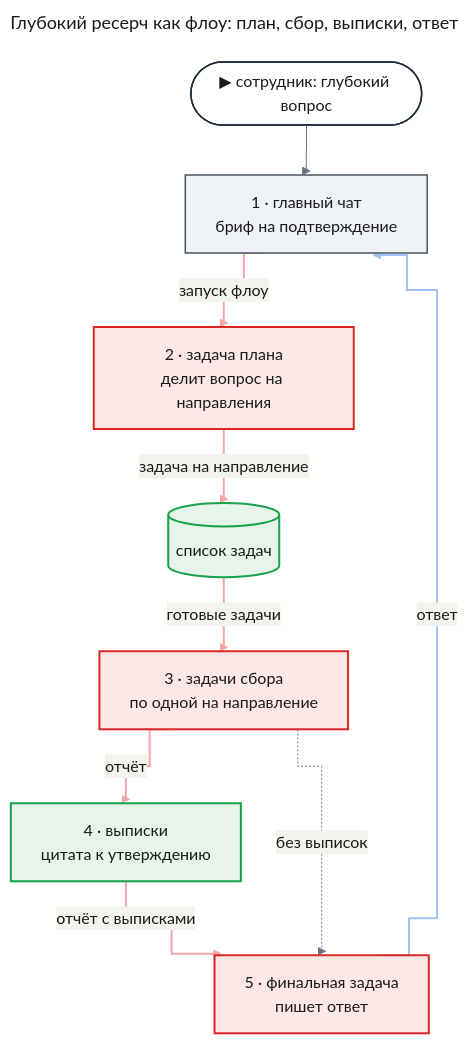
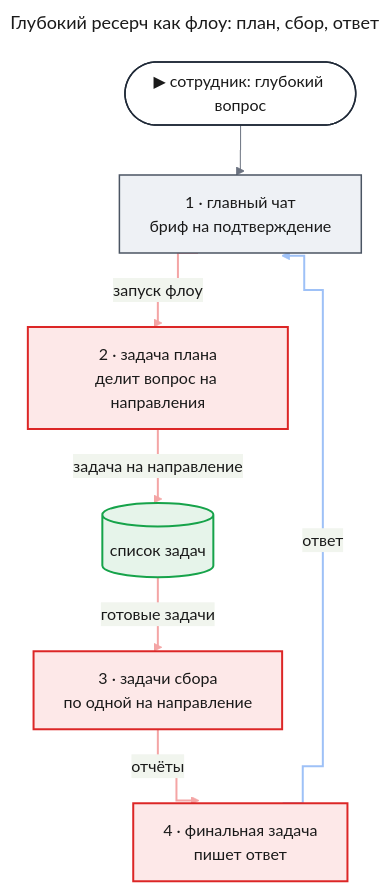
The fifth of 6 diagrams in docs/features/deep-agents/prd.md (tundraray/agent-os), drawn with Mermaid before and after one commit. The commit also changed other lines of this file, not shown here.

````diff
--- a/docs/features/deep-agents/prd.md
+++ b/docs/features/deep-agents/prd.md
@@ -343,54 +275,49 @@
 ```mermaid
 ---
-title: "Глубокий ресерч как флоу: план, сбор, выписки, ответ"
+title: "Глубокий ресерч как флоу: план, сбор, ответ"
 config:
   theme: base
   look: classic
   themeVariables:
     primaryColor: "#eef1f5"
     primaryBorderColor: "#4b5563"
     primaryTextColor: "#1a1a1a"
     lineColor: "#6b7280"
   flowchart:
     curve: step
   themeCSS: |
-    @keyframes lit_da5{0%,15%{stroke:#991b1b;stroke-width:6px}16.7%,100%{stroke:#f4a5a5;stroke-width:2px}}
-    @keyframes litr_da5{0%,15%{stroke:#1d4ed8;stroke-width:6px}16.7%,100%{stroke:#9ec1f7;stroke-width:2px}}
+    @keyframes lit_da5{0%,18%{stroke:#991b1b;stroke-width:6px}20%,100%{stroke:#f4a5a5;stroke-width:2px}}
+    @keyframes litr_da5{0%,18%{stroke:#1d4ed8;stroke-width:6px}20%,100%{stroke:#9ec1f7;stroke-width:2px}}
 ---
 flowchart TB
     entry(["▶ сотрудник: глубокий вопрос"])
     chat["1 · главный чат<br/>бриф на подтверждение"]
     plan["2 · задача плана<br/>делит вопрос на направления"]
     tasks[("список задач")]
     gather["3 · задачи сбора<br/>по одной на направление"]
-    excerpts["4 · выписки<br/>цитата к утверждению"]
-    answer["5 · финальная задача<br/>пишет ответ"]
+    answer["4 · финальная задача<br/>пишет ответ"]
     entry --> chat
     chat e1@-->|"запуск флоу"| plan
     plan e2@-->|"задача на направление"| tasks
     tasks e3@-->|"готовые задачи"| gather
-    gather e4@-->|"отчёт"| excerpts
-    excerpts e5@-->|"отчёт с выписками"| answer
-    answer e6@-->|"ответ"| chat
-    gather -.->|"без выписок"| answer
+    gather e4@-->|"отчёты"| answer
+    answer e5@-->|"ответ"| chat
     classDef entry fill:#ffffff,stroke:#1f2937,stroke-width:1.5px,color:#1a1a1a
     classDef changed fill:#fde8e8,stroke:#dc2626,stroke-width:2px,color:#1a1a1a
     classDef new fill:#e6f4ea,stroke:#16a34a,stroke-width:2px,color:#1a1a1a
     classDef unchanged fill:#eef1f5,stroke:#4b5563,stroke-width:1.5px,color:#1a1a1a
-    classDef w1 stroke:#f4a5a5,stroke-width:2px,animation:lit_da5 7.2s linear 0s infinite
-    classDef w2 stroke:#f4a5a5,stroke-width:2px,animation:lit_da5 7.2s linear 1.2s infinite
-    classDef w3 stroke:#f4a5a5,stroke-width:2px,animation:lit_da5 7.2s linear 2.4s infinite
-    classDef w4 stroke:#f4a5a5,stroke-width:2px,animation:lit_da5 7.2s linear 3.6s infinite
-    classDef w5 stroke:#f4a5a5,stroke-width:2px,animation:lit_da5 7.2s linear 4.8s infinite
-    classDef r6 stroke:#9ec1f7,stroke-width:2px,animation:litr_da5 7.2s linear 6s infinite
+    classDef w1 stroke:#f4a5a5,stroke-width:2px,animation:lit_da5 6s linear 0s infinite
+    classDef w2 stroke:#f4a5a5,stroke-width:2px,animation:lit_da5 6s linear 1.2s infinite
+    classDef w3 stroke:#f4a5a5,stroke-width:2px,animation:lit_da5 6s linear 2.4s infinite
+    classDef w4 stroke:#f4a5a5,stroke-width:2px,animation:lit_da5 6s linear 3.6s infinite
+    classDef r5 stroke:#9ec1f7,stroke-width:2px,animation:litr_da5 6s linear 4.8s infinite
     class entry entry
     class chat unchanged
     class plan,gather,answer changed
-    class tasks,excerpts new
+    class tasks new
     class e1 w1
     class e2 w2
     class e3 w3
     class e4 w4
-    class e5 w5
-    class e6 r6
+    class e5 r5
 ```
````
